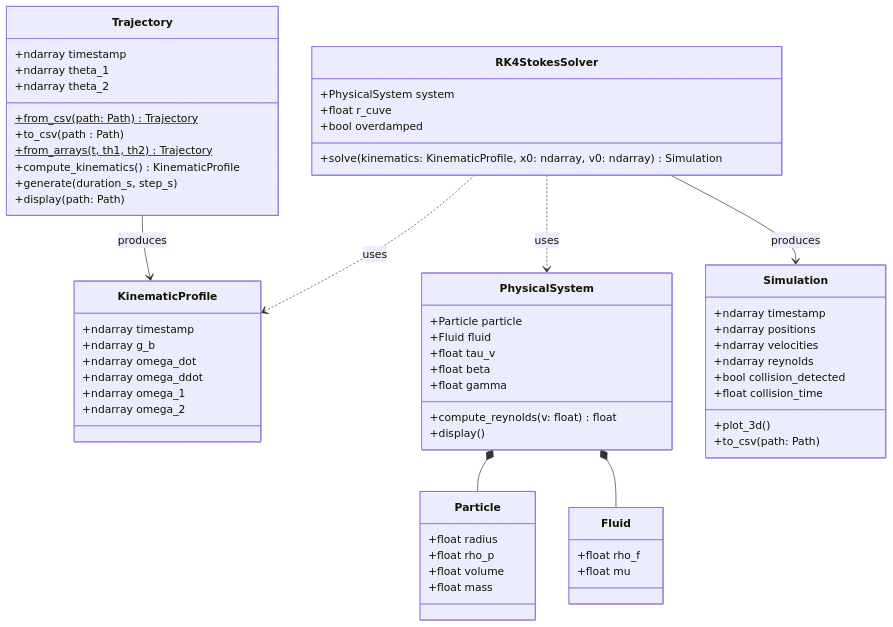
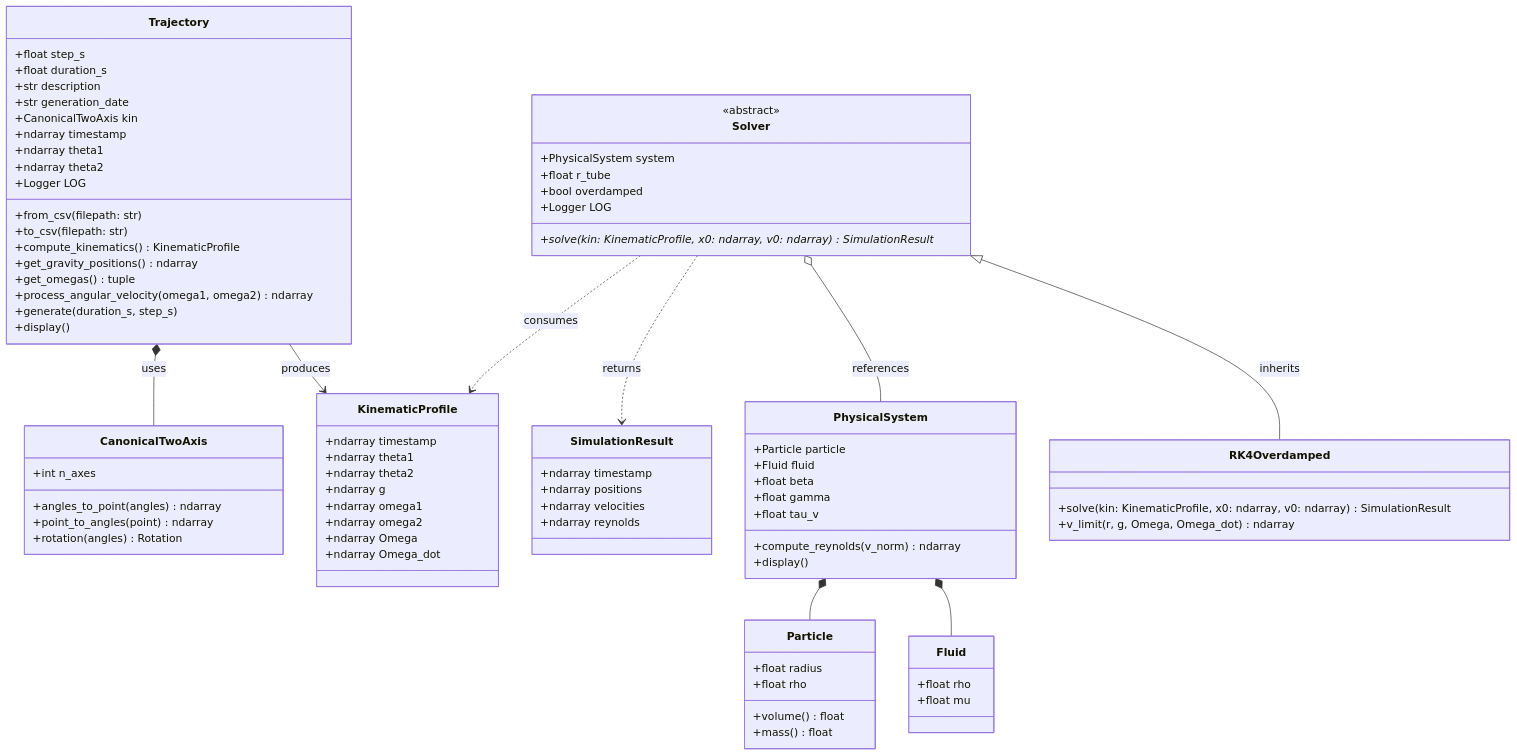
One commit to axelp-dev/prisma changed the diagram in docs/ARCHITECTURE.md. Above: the diagram before and after it, drawn with Mermaid. The commit also changed other lines of this file and 1 other file, not shown here.

Commit message:
docs: Update ARCHITECTURE.md and MATHEMATICS.md

````diff
--- a/docs/ARCHITECTURE.md
+++ b/docs/ARCHITECTURE.md
@@ -16,75 +111,99 @@
 ```mermaid 
 classDiagram
-    %% Core & Trajectory
-    class Trajectory {
-        +ndarray timestamp
-        +ndarray theta_1
-        +ndarray theta_2
-        +from_csv(path: Path) Trajectory$
-        +to_csv(path : Path)
-        +from_arrays(t, th1, th2) Trajectory$
-        +compute_kinematics() KinematicProfile
-        +generate(duration_s, step_s)
-        +display(path: Path)
+    %% Core Kinematics
+    class CanonicalTwoAxis {
+        +int n_axes
+        +angles_to_point(angles) ndarray
+        +point_to_angles(point) ndarray
+        +rotation(angles) Rotation
     }
 
+    %% Trajectory Module
+    class Trajectory {
+        +float step_s
+        +float duration_s
+        +str description
+        +str generation_date
+        +CanonicalTwoAxis kin
+        +ndarray timestamp
+        +ndarray theta1
+        +ndarray theta2
+        +Logger LOG
+        +from_csv(filepath: str)
+        +to_csv(filepath: str)
+        +compute_kinematics() KinematicProfile
+        +get_gravity_positions() ndarray
+        +get_omegas() tuple
+        +process_angular_velocity(omega1, omega2) ndarray
+        +generate(duration_s, step_s)
+        +display()
+    }
+
+    Trajectory *-- CanonicalTwoAxis : uses
+    Trajectory --> KinematicProfile : produces
+
+    %% Data Containers
     class KinematicProfile {
         +ndarray timestamp
-        +ndarray g_b
-        +ndarray omega_dot
-        +ndarray omega_ddot
-        +ndarray omega_1 
-        +ndarray omega_2
+        +ndarray theta1
+        +ndarray theta2
+        +ndarray g
+        +ndarray omega1
+        +ndarray omega2
+        +ndarray Omega
+        +ndarray Omega_dot
     }
 
-    Trajectory --> KinematicProfile : produces
+    class SimulationResult {
+        +ndarray timestamp
+        +ndarray positions
+        +ndarray velocities
+        +ndarray reynolds
+    }
 
-    %% Physics
+    %% Core Physics
     class Particle {
         +float radius
-        +float rho_p
-        +float volume
-        +float mass
+        +float rho
+        +volume() float
+        +mass() float
     }
 
     class Fluid {
-        +float rho_f
+        +float rho
         +float mu
     }
 
     class PhysicalSystem {
         +Particle particle
         +Fluid fluid
-        +float tau_v
         +float beta
         +float gamma
-        +compute_reynolds(v: float) float
+        +float tau_v
+        +compute_reynolds(v_norm) ndarray
         +display()
     }
 
     PhysicalSystem *-- Particle
     PhysicalSystem *-- Fluid
 
-    %% Solver
-    class Simulation {
-        +ndarray timestamp
-        +ndarray positions
-        +ndarray velocities
-        +ndarray reynolds
-        +bool collision_detected
-        +float collision_time
-        +plot_3d()
-        +to_csv(path: Path)
+    %% Solvers
+    class Solver {
+        <<abstract>>
+        +PhysicalSystem system
+        +float r_tube
+        +bool overdamped
+        +Logger LOG
+        +solve(kin: KinematicProfile, x0: ndarray, v0: ndarray)* SimulationResult
     }
 
-    class RK4StokesSolver {
-        +PhysicalSystem system
-        +float r_cuve
-        +bool overdamped
-        +solve(kinematics: KinematicProfile, x0: ndarray, v0: ndarray) Simulation
+    class RK4Overdamped {
+        +solve(kin: KinematicProfile, x0: ndarray, v0: ndarray) SimulationResult
+        +v_limit(r, g, Omega, Omega_dot) ndarray
     }
 
-    RK4StokesSolver ..> KinematicProfile : uses
-    RK4StokesSolver ..> PhysicalSystem : uses
-    RK4StokesSolver --> Simulation : produces
+    Solver <|-- RK4Overdamped : inherits
+    Solver o-- PhysicalSystem : references
+    Solver ..> KinematicProfile : consumes
+    Solver ..> SimulationResult : returns
 ```
````
